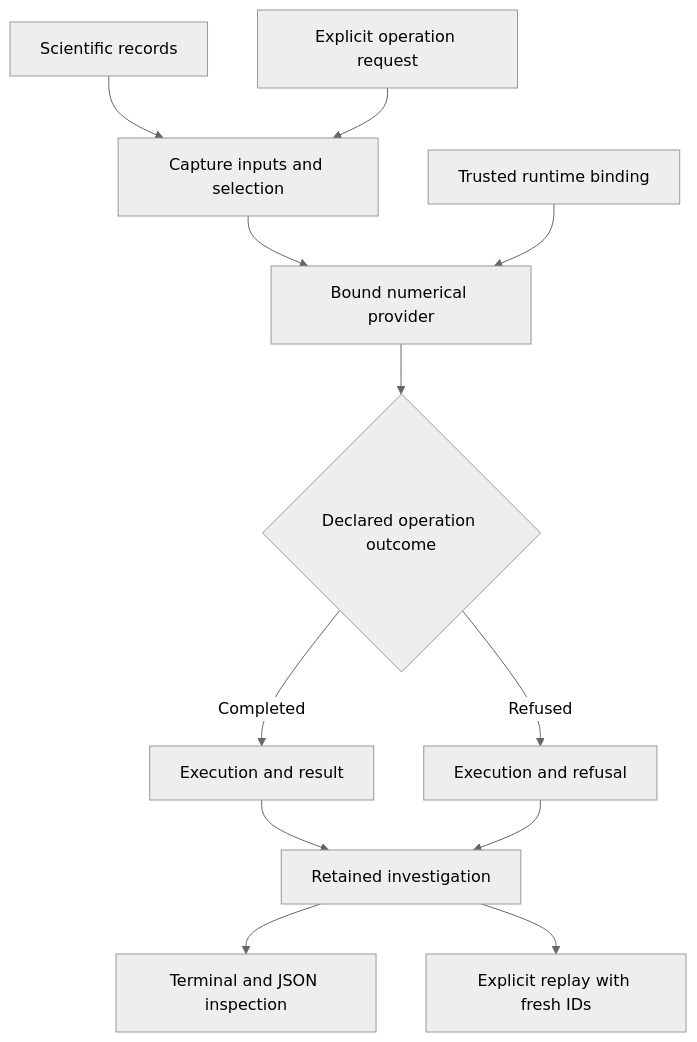
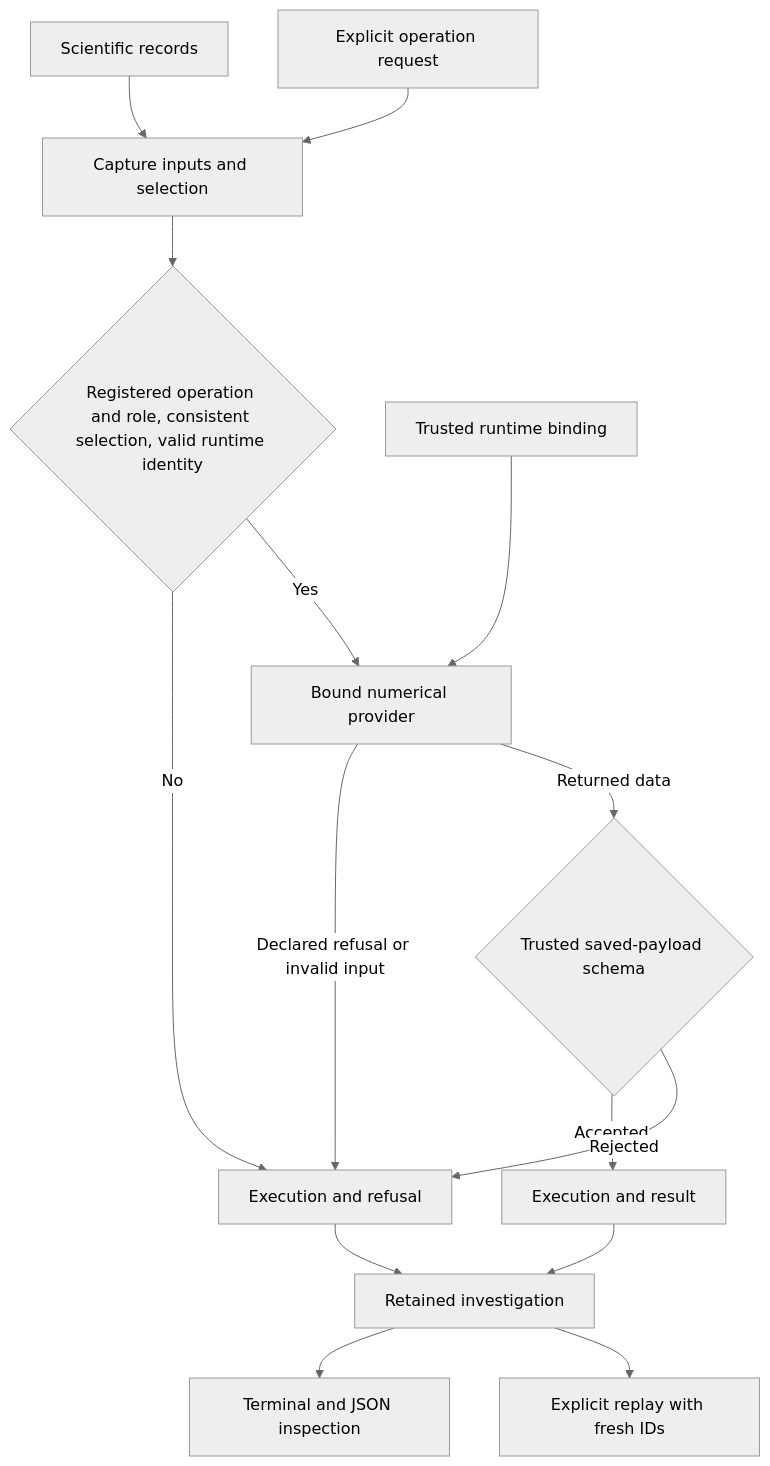
The diagram in README.md (giasonpooni/Computational-Instrumentation-Workbench), drawn with Mermaid (neutral theme) before and after one commit. The commit also changed other lines of this file, not shown here.

````diff
--- a/README.md
+++ b/README.md
@@ -272,14 +372,17 @@
 ```mermaid
 flowchart TD
     Records["Scientific records"] --> Capture["Capture inputs and selection"]
     Request["Explicit operation request"] --> Capture
-    Capture --> Provider["Bound numerical provider"]
+    Capture --> Check{"Registered operation and role, consistent selection, valid runtime identity"}
+    Check -->|No| Refusal["Execution and refusal"]
+    Check -->|Yes| Provider["Bound numerical provider"]
     Runtime["Trusted runtime binding"] --> Provider
-    Provider --> Outcome{"Declared operation outcome"}
-    Outcome -->|Completed| Result["Execution and result"]
-    Outcome -->|Refused| Refusal["Execution and refusal"]
+    Provider -->|Declared refusal or invalid input| Refusal
+    Provider -->|Returned data| Schema{"Trusted saved-payload schema"}
+    Schema -->|Accepted| Result["Execution and result"]
+    Schema -->|Rejected| Refusal
     Result --> Retain["Retained investigation"]
     Refusal --> Retain
     Retain --> Terminal["Terminal and JSON inspection"]
     Retain --> Replay["Explicit replay with fresh IDs"]
 ```
````
